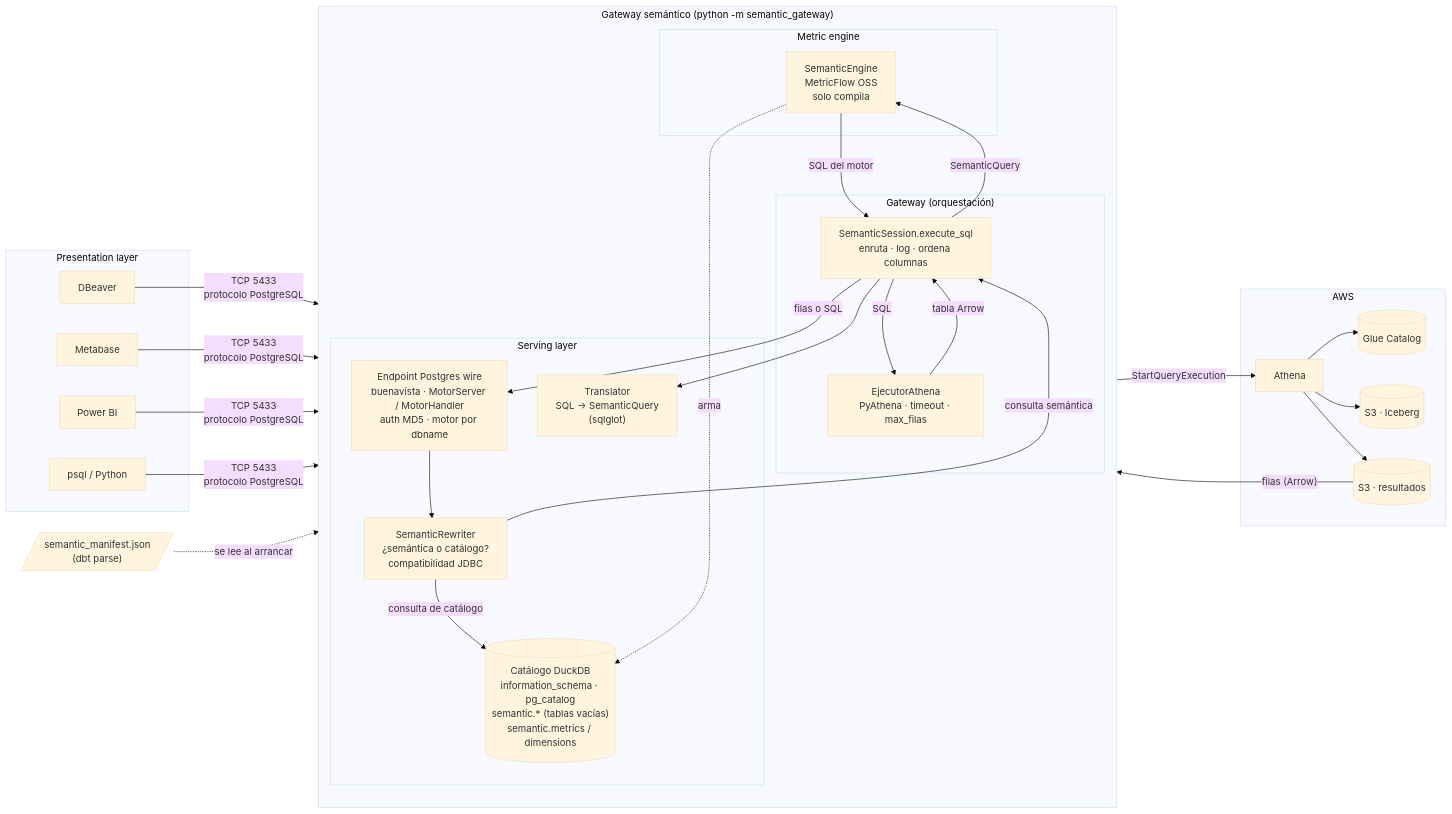
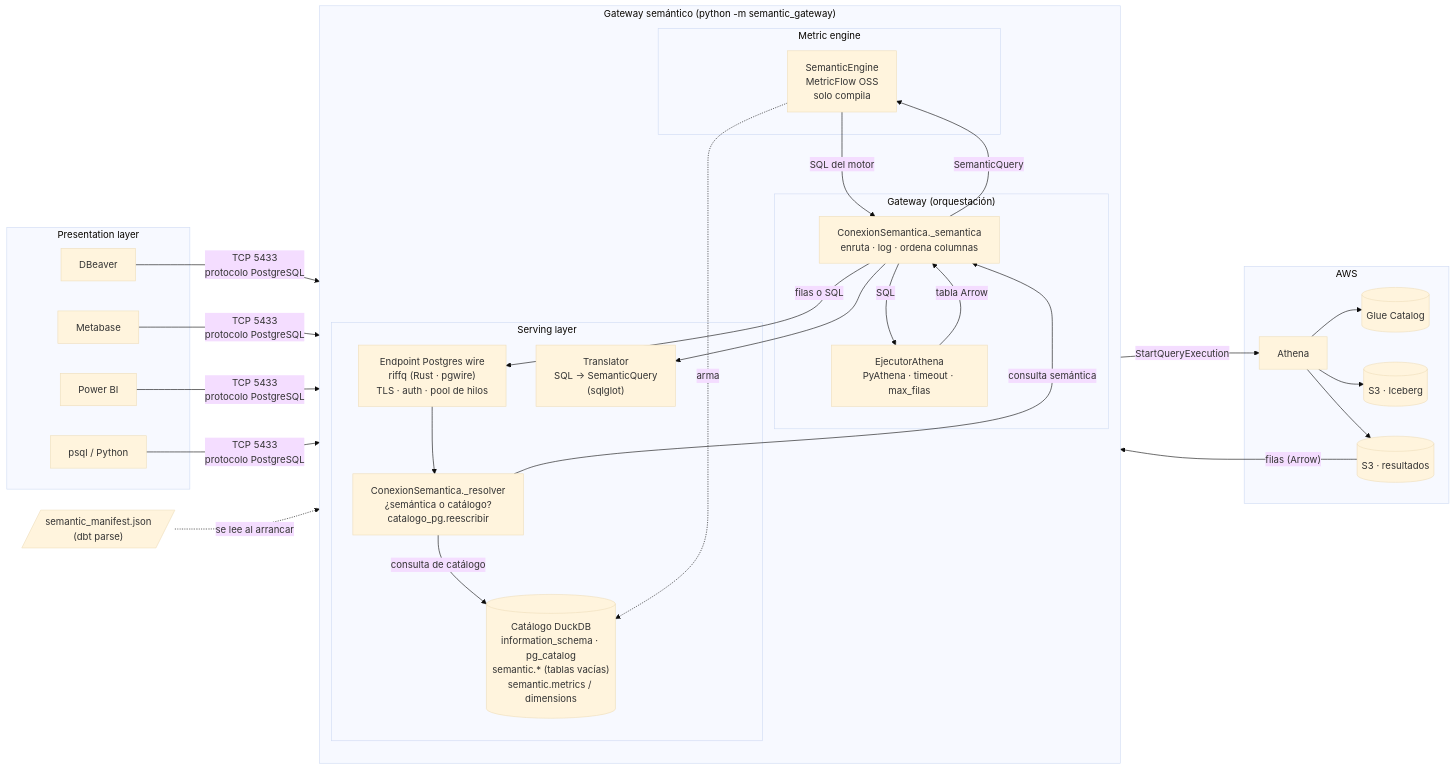
Before and after one commit to Rodarami/dbt-semantic-layer: the first of 8 diagrams in docs/arquitectura_gateway.md, drawn with Mermaid (base theme). The commit also changed other lines of this file and 24 other files, not shown here.

````diff
--- a/docs/arquitectura_gateway.md
+++ b/docs/arquitectura_gateway.md
@@ -48,53 +55,53 @@
 ```mermaid
 flowchart LR
     subgraph Clientes["Presentation layer"]
         DB["DBeaver"]
         MB["Metabase"]
         PBI["Power BI"]
         PSQL["psql / Python"]
     end
 
     subgraph GW["Gateway semántico (python -m semantic_gateway)"]
         direction TB
         subgraph Serving["Serving layer"]
-            PG["Endpoint Postgres wire<br/>buenavista · MotorServer / MotorHandler<br/>auth MD5 · motor por dbname"]
-            RW["SemanticRewriter<br/>¿semántica o catálogo?<br/>compatibilidad JDBC"]
+            PG["Endpoint Postgres wire<br/>riffq (Rust · pgwire)<br/>TLS · auth · pool de hilos"]
+            RW["ConexionSemantica._resolver<br/>¿semántica o catálogo?<br/>catalogo_pg.reescribir"]
             TR["Translator<br/>SQL → SemanticQuery<br/>(sqlglot)"]
             CAT[("Catálogo DuckDB<br/>information_schema · pg_catalog<br/>semantic.* (tablas vacías)<br/>semantic.metrics / dimensions")]
         end
         subgraph Gate["Gateway (orquestación)"]
-            SS["SemanticSession.execute_sql<br/>enruta · log · ordena columnas"]
+            SS["ConexionSemantica._semantica<br/>enruta · log · ordena columnas"]
             EX["EjecutorAthena<br/>PyAthena · timeout · max_filas"]
         end
         subgraph Engine["Metric engine"]
             ME["SemanticEngine<br/>MetricFlow OSS<br/>solo compila"]
         end
     end
 
     MAN[/"semantic_manifest.json<br/>(dbt parse)"/]
 
     subgraph AWS["AWS"]
         ATH["Athena"]
         GLUE[("Glue Catalog")]
         S3[("S3 · Iceberg")]
         RES[("S3 · resultados")]
     end
 
     DB & MB & PBI & PSQL -- "TCP 5433<br/>protocolo PostgreSQL" --> PG
     PG --> RW
     RW -- "consulta de catálogo" --> CAT
     RW -- "consulta semántica" --> SS
     SS --> TR
     SS -- "SemanticQuery" --> ME
     ME -- "SQL del motor" --> SS
     SS -- "SQL" --> EX
     EX -- "StartQueryExecution" --> ATH
     ATH --> GLUE
     ATH --> S3
     ATH --> RES
     RES -- "filas (Arrow)" --> EX
     EX -- "tabla Arrow" --> SS
     SS -- "filas o SQL" --> PG
     MAN -. "se lee al arrancar" .-> ME
     ME -. "arma" .-> CAT
 ```
````
